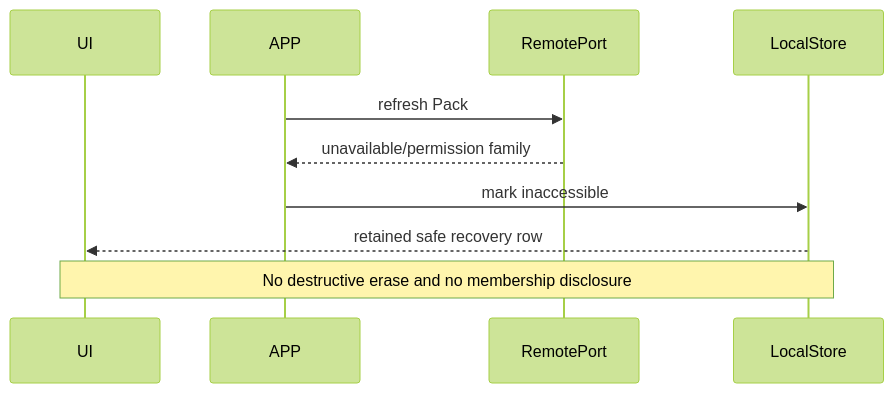
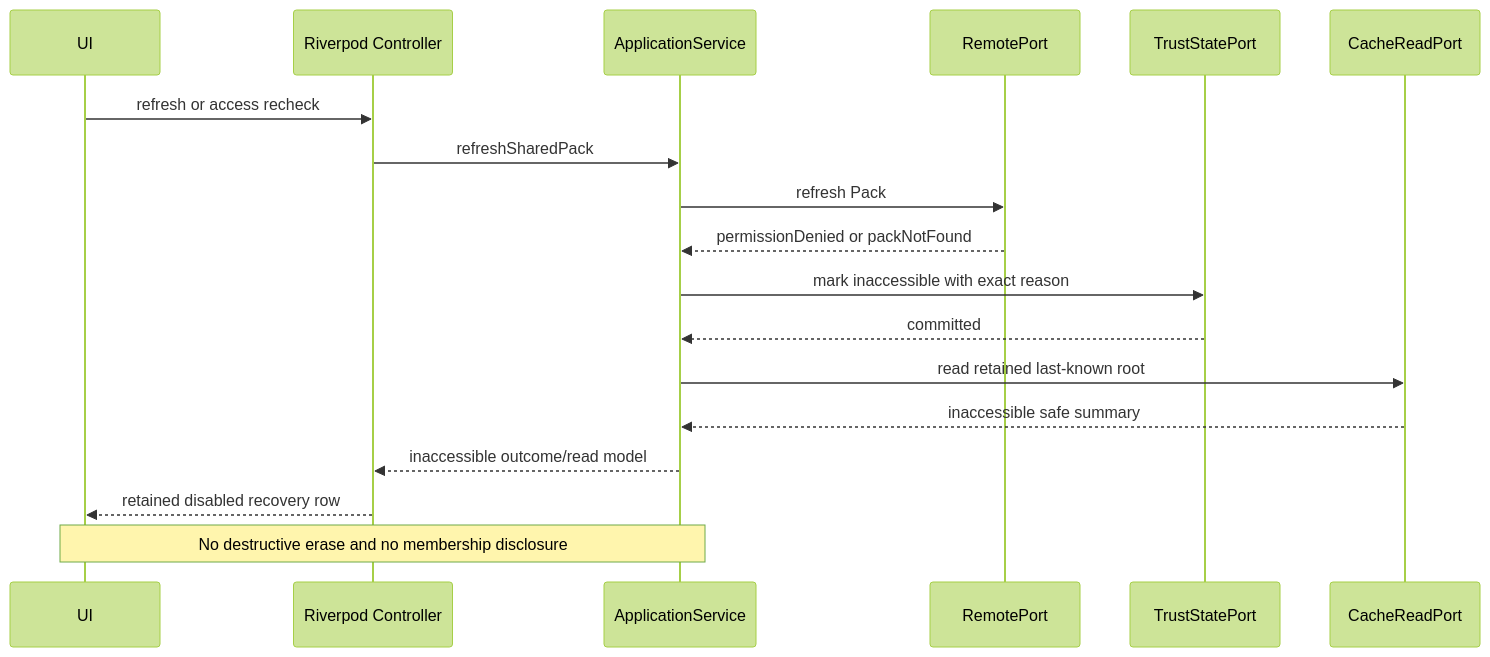
One commit to happybanxlala/reminder_app changed the seventh of 12 diagrams in docs/core/14_shared_pack_application_ui_test_contract_v1.md. Above: the diagram before and after it, drawn with Mermaid (forest theme). The commit also changed other lines of this file, not shown here.

First line of the commit message:
docs(shared-packs): reconcile Phase 1f gate contracts

````diff
--- a/docs/core/14_shared_pack_application_ui_test_contract_v1.md
+++ b/docs/core/14_shared_pack_application_ui_test_contract_v1.md
@@ -1076,12 +1118,20 @@
 ```mermaid
 sequenceDiagram
   participant UI
-  participant APP
+  participant RP as Riverpod Controller
+  participant APP as ApplicationService
   participant REM as RemotePort
-  participant LOCAL as LocalStore
+  participant TRUST as TrustStatePort
+  participant CACHE as CacheReadPort
+  UI->>RP: refresh or access recheck
+  RP->>APP: refreshSharedPack
   APP->>REM: refresh Pack
-  REM-->>APP: unavailable/permission family
-  APP->>LOCAL: mark inaccessible
-  LOCAL-->>UI: retained safe recovery row
-  Note over UI,LOCAL: No destructive erase and no membership disclosure
+  REM-->>APP: permissionDenied or packNotFound
+  APP->>TRUST: mark inaccessible with exact reason
+  TRUST-->>APP: committed
+  APP->>CACHE: read retained last-known root
+  CACHE-->>APP: inaccessible safe summary
+  APP-->>RP: inaccessible outcome/read model
+  RP-->>UI: retained disabled recovery row
+  Note over UI,APP: No destructive erase and no membership disclosure
 ```
````
